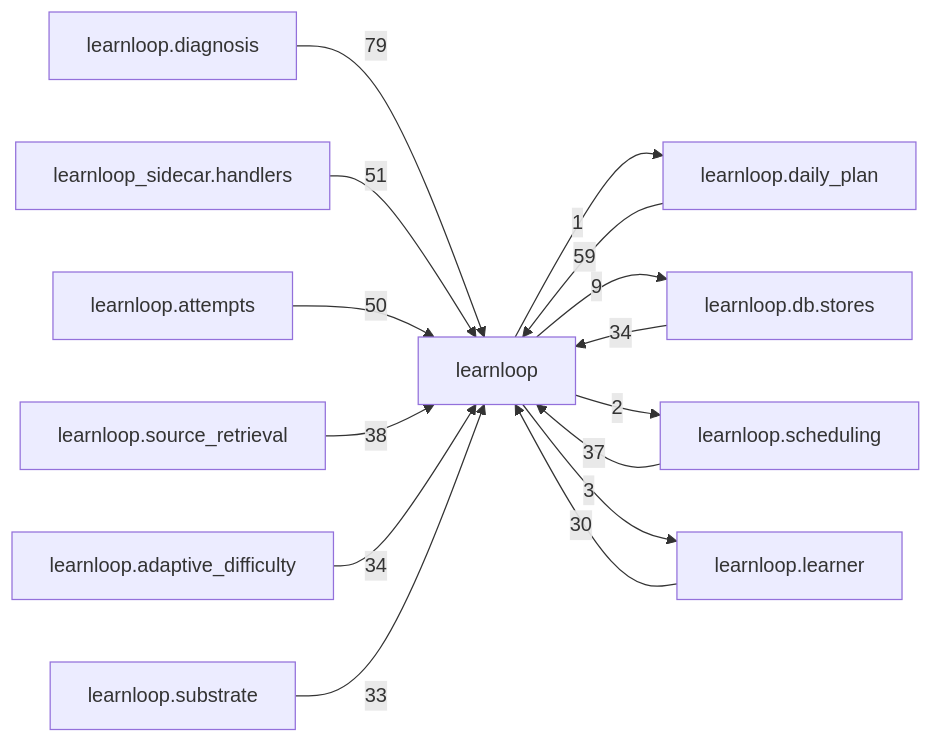
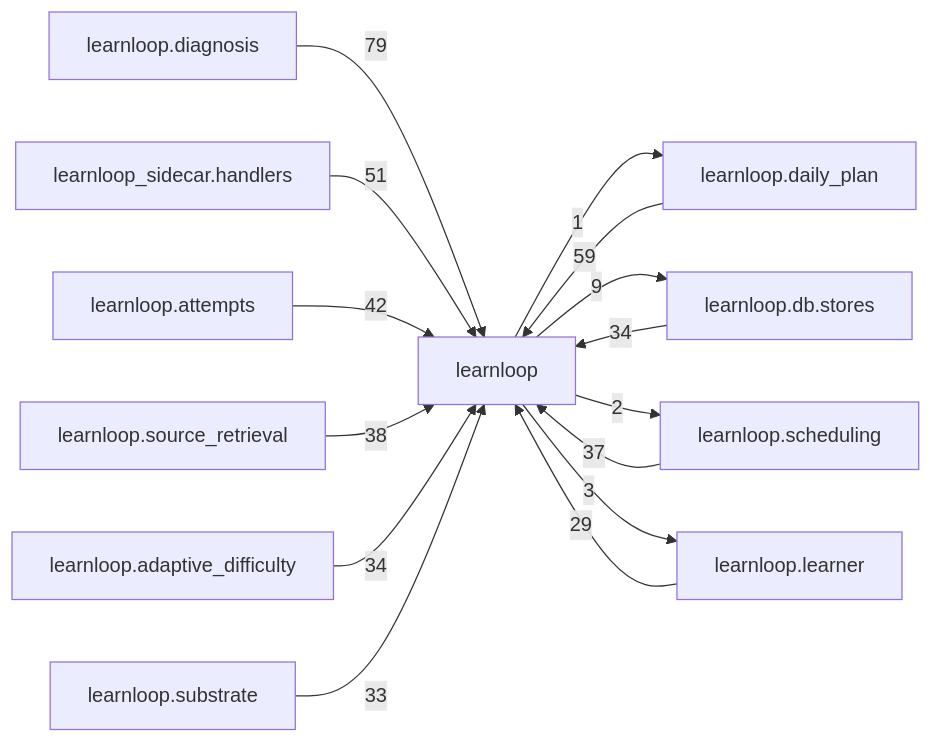
One commit to 6up-b/learnanything changed the diagram in docs/learnloop-architecture-vault/Reference/Modules/learnloop/_package.md. Above: the diagram before and after it, drawn with Mermaid. The commit also changed other lines of this file and 46 other files, not shown here.

````diff
--- a/docs/learnloop-architecture-vault/Reference/Modules/learnloop/_package.md
+++ b/docs/learnloop-architecture-vault/Reference/Modules/learnloop/_package.md
@@ -259,28 +259,28 @@
 ```mermaid
 flowchart LR
     center["learnloop"]
     n_learnloop_diagnosis["learnloop.diagnosis"]
     n_learnloop_daily_plan["learnloop.daily_plan"]
     n_learnloop_sidecar_handlers["learnloop_sidecar.handlers"]
+    n_learnloop_db_stores["learnloop.db.stores"]
     n_learnloop_attempts["learnloop.attempts"]
-    n_learnloop_db_stores["learnloop.db.stores"]
     n_learnloop_scheduling["learnloop.scheduling"]
     n_learnloop_source_retrieval["learnloop.source_retrieval"]
     n_learnloop_adaptive_difficulty["learnloop.adaptive_difficulty"]
+    n_learnloop_substrate["learnloop.substrate"]
     n_learnloop_learner["learnloop.learner"]
-    n_learnloop_substrate["learnloop.substrate"]
     n_learnloop_diagnosis -->|79| center
     n_learnloop_daily_plan -->|59| center
     center -->|1| n_learnloop_daily_plan
     n_learnloop_sidecar_handlers -->|51| center
-    n_learnloop_attempts -->|50| center
     n_learnloop_db_stores -->|34| center
     center -->|9| n_learnloop_db_stores
+    n_learnloop_attempts -->|42| center
     n_learnloop_scheduling -->|37| center
     center -->|2| n_learnloop_scheduling
     n_learnloop_source_retrieval -->|38| center
     n_learnloop_adaptive_difficulty -->|34| center
-    n_learnloop_learner -->|30| center
+    n_learnloop_substrate -->|33| center
+    n_learnloop_learner -->|29| center
     center -->|3| n_learnloop_learner
-    n_learnloop_substrate -->|33| center
 ```
````
